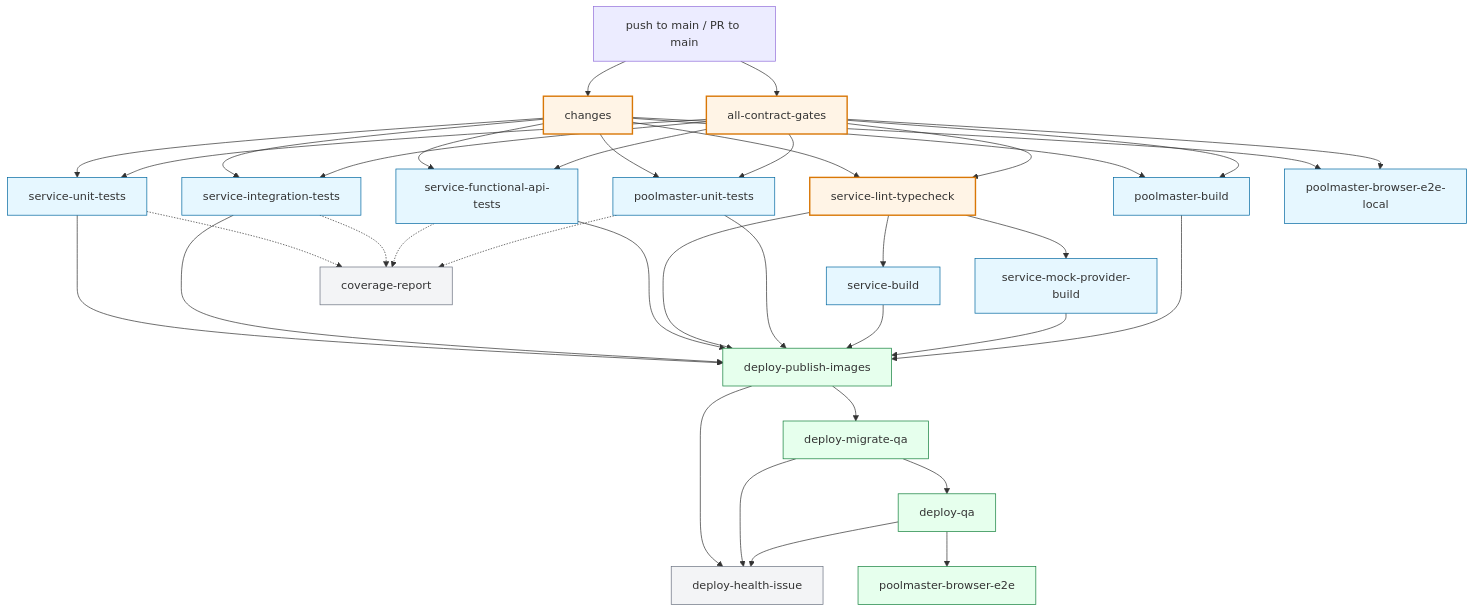
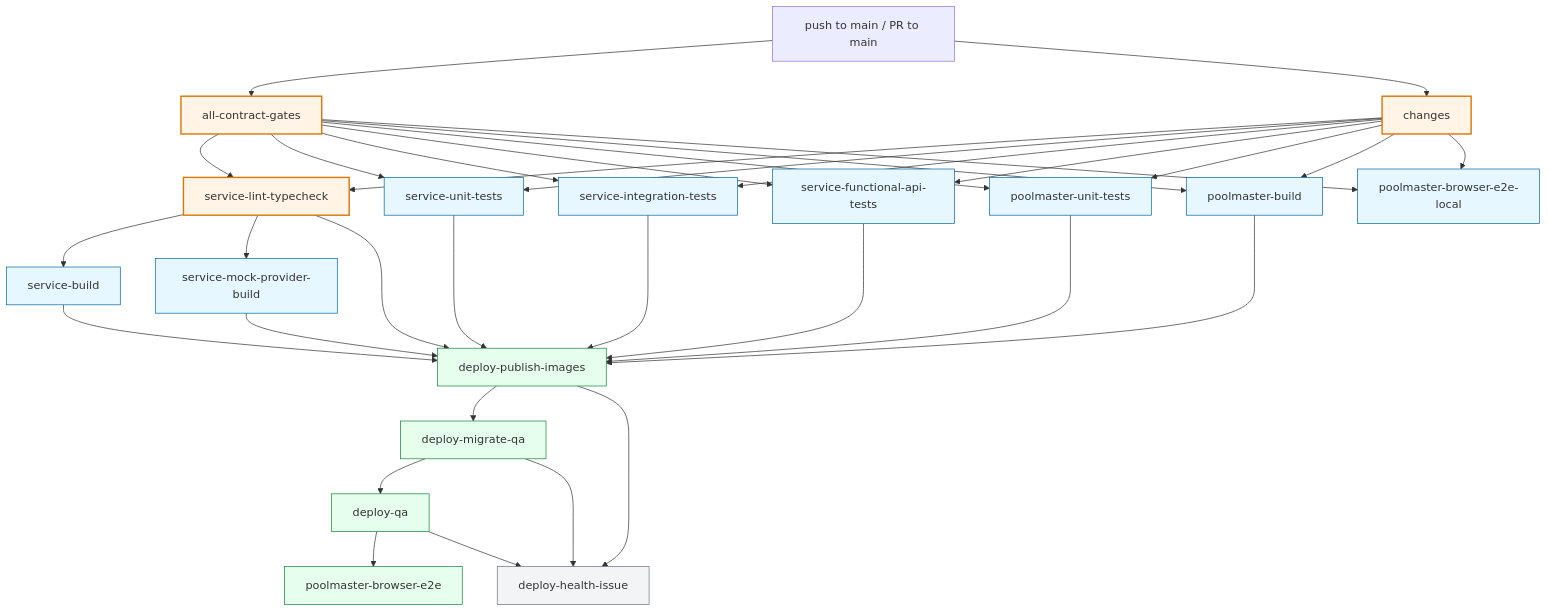
Before and after one commit to derek-dorazio/pool-master: the first of 2 diagrams in docs/CI-AND-QUALITY-GATES.md, drawn with Mermaid. The commit also changed other lines of this file and 6 other files, not shown here.

````diff
--- a/docs/CI-AND-QUALITY-GATES.md
+++ b/docs/CI-AND-QUALITY-GATES.md
@@ -135,53 +135,48 @@
 ```mermaid
 flowchart TD
   T[push to main / PR to main] --> CG[all-contract-gates]
   T --> CH[changes]
 
   CH --> LT
   CH --> SU
   CH --> SI
   CH --> SF
   CH --> PU
   CH --> PB
   CH --> EL
   CG --> LT[service-lint-typecheck]
   CG --> SU[service-unit-tests]
   CG --> SI[service-integration-tests]
   CG --> SF[service-functional-api-tests]
   CG --> PU[poolmaster-unit-tests]
   CG --> PB[poolmaster-build]
   CG --> EL[poolmaster-browser-e2e-local]
   LT --> SB[service-build]
   LT --> MB[service-mock-provider-build]
-
-  SU -.-> CR[coverage-report]
-  SI -.-> CR
-  SF -.-> CR
-  PU -.-> CR
 
   SU --> PI[deploy-publish-images]
   SI --> PI
   SF --> PI
   LT --> PI
   PU --> PI
   SB --> PI
   MB --> PI
   PB --> PI
 
   PI --> MQ[deploy-migrate-qa]
   MQ --> DQ[deploy-qa]
   DQ --> E2E[poolmaster-browser-e2e]
   PI --> DH[deploy-health-issue]
   MQ --> DH
   DQ --> DH
 
   classDef gate fill:#fff4e6,stroke:#d97706,stroke-width:2px
   classDef test fill:#e6f7ff,stroke:#0369a1
   classDef deploy fill:#e6ffed,stroke:#15803d
   classDef report fill:#f3f4f6,stroke:#6b7280
 
   class CG,LT,CH gate
   class SU,SI,SF,PU,SB,MB,PB,EL test
   class PI,MQ,DQ,E2E deploy
-  class CR,DH report
+  class DH report
 ```
````
